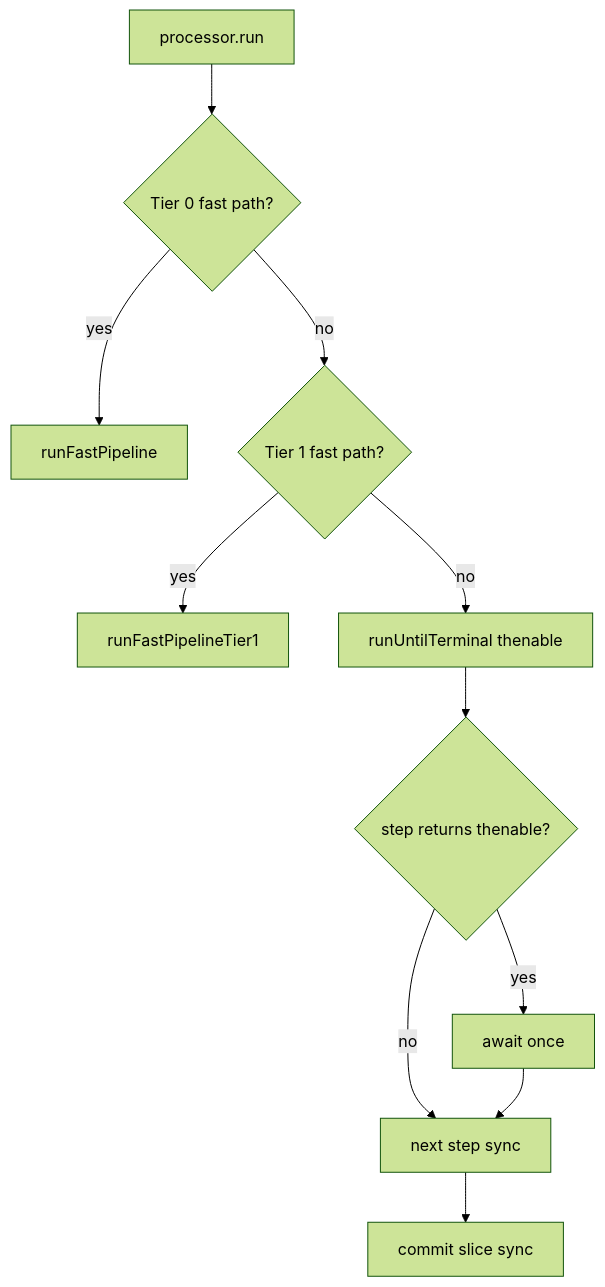
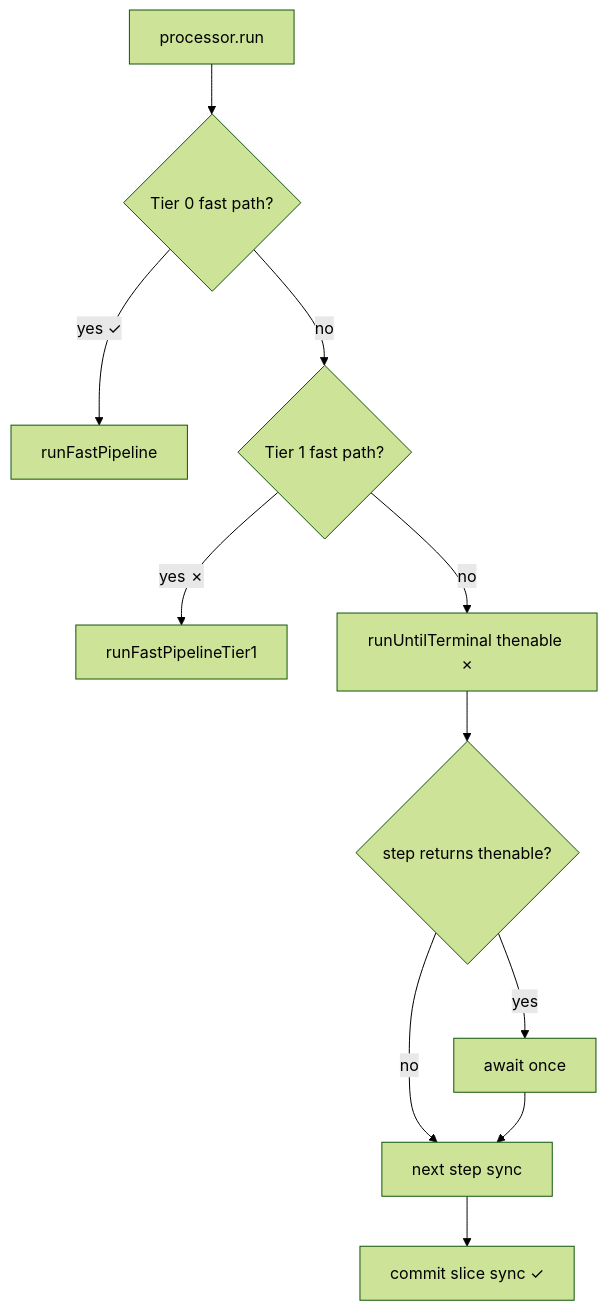
Before and after one commit to aura-ui/router: the diagram in docs/todo/PIPELINE_STEP_RUNNER.md, drawn with Mermaid (forest theme). The commit also changed other lines of this file and 19 other files, not shown here.

````diff
--- a/docs/todo/PIPELINE_STEP_RUNNER.md
+++ b/docs/todo/PIPELINE_STEP_RUNNER.md
@@ -248,13 +276,13 @@
 ```mermaid
 flowchart TD
   START[processor.run] --> FP0{Tier 0 fast path?}
-  FP0 -->|yes| FAST0[runFastPipeline]
+  FP0 -->|yes ✓| FAST0[runFastPipeline]
   FP0 -->|no| FP1{Tier 1 fast path?}
-  FP1 -->|yes| FAST1[runFastPipelineTier1]
-  FP1 -->|no| FULL[runUntilTerminal thenable]
+  FP1 -->|yes ✗| FAST1[runFastPipelineTier1]
+  FP1 -->|no| FULL[runUntilTerminal thenable ✗]
   FULL --> SYNC{step returns thenable?}
   SYNC -->|no| NEXT[next step sync]
   SYNC -->|yes| AWAIT[await once]
   AWAIT --> NEXT
-  NEXT --> COMMIT[commit slice sync]
+  NEXT --> COMMIT[commit slice sync ✓]
 ```
````
